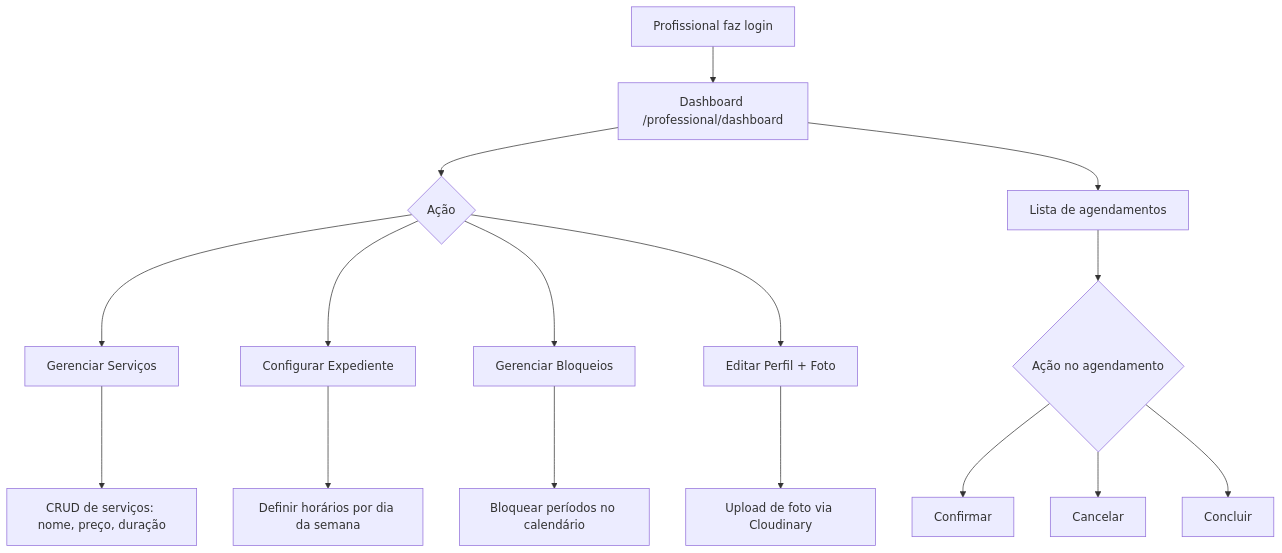
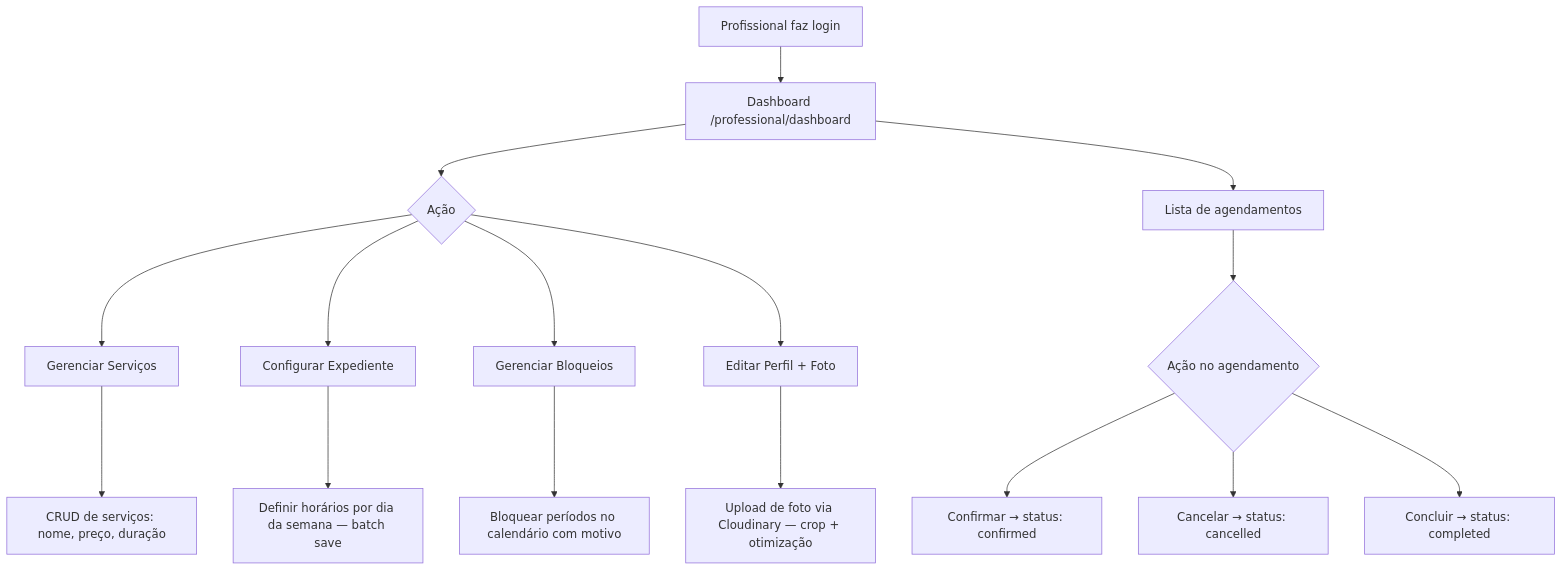
The fourth of 5 diagrams in README.md (felipe-gomes0/astrocode-teste), drawn with Mermaid before and after one commit. The commit also changed other lines of this file, not shown here.

````diff
--- a/README.md
+++ b/README.md
@@ -186,20 +446,20 @@
 ```mermaid
 flowchart TD
     A[Profissional faz login] --> B[Dashboard /professional/dashboard]
     B --> C{Ação}
     C --> D[Gerenciar Serviços]
     C --> E[Configurar Expediente]
     C --> F[Gerenciar Bloqueios]
     C --> G[Editar Perfil + Foto]
 
     D --> D1[CRUD de serviços: nome, preço, duração]
-    E --> E1[Definir horários por dia da semana]
-    F --> F1[Bloquear períodos no calendário]
-    G --> G1[Upload de foto via Cloudinary]
+    E --> E1[Definir horários por dia da semana — batch save]
+    F --> F1[Bloquear períodos no calendário com motivo]
+    G --> G1[Upload de foto via Cloudinary — crop + otimização]
 
     B --> H[Lista de agendamentos]
     H --> I{Ação no agendamento}
-    I --> I1[Confirmar]
-    I --> I2[Cancelar]
-    I --> I3[Concluir]
+    I --> I1[Confirmar → status: confirmed]
+    I --> I2[Cancelar → status: cancelled]
+    I --> I3[Concluir → status: completed]
 ```
````
